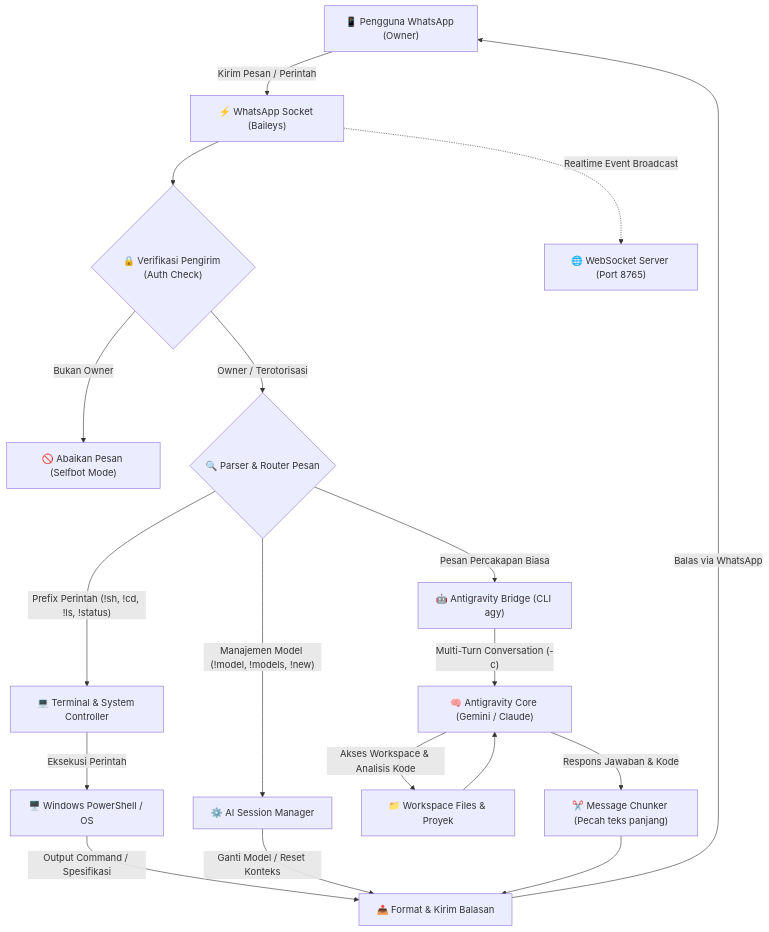
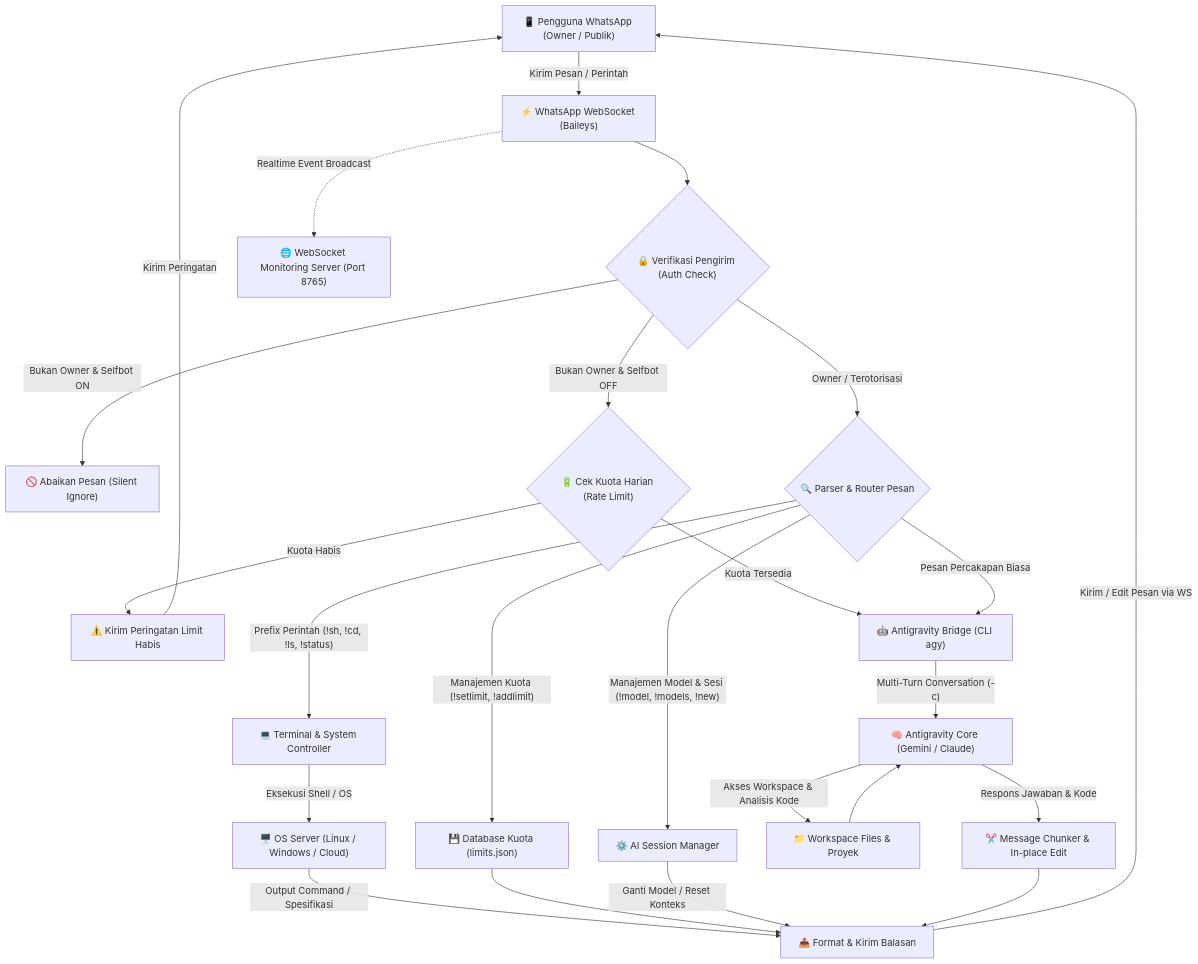
The first of 2 diagrams in README.md (angreps/bot-wa-antigravity-ai), drawn with Mermaid before and after one commit. The commit also changed other lines of this file and 4 other files, not shown here.

````diff
--- a/README.md
+++ b/README.md
@@ -12,31 +12,38 @@
 ```mermaid
 flowchart TD
-    A["📱 Pengguna WhatsApp (Owner)"] -->|"Kirim Pesan / Perintah"| B["⚡ WhatsApp Socket (Baileys)"]
+    A["📱 Pengguna WhatsApp (Owner / Publik)"] -->|"Kirim Pesan / Perintah"| B["⚡ WhatsApp WebSocket (Baileys)"]
     
     B --> C{"🔒 Verifikasi Pengirim (Auth Check)"}
-    C -- "Bukan Owner" --> D["🚫 Abaikan Pesan (Selfbot Mode)"]
+    C -- "Bukan Owner & Selfbot ON" --> D["🚫 Abaikan Pesan (Silent Ignore)"]
+    C -- "Bukan Owner & Selfbot OFF" --> P{"🔋 Cek Kuota Harian (Rate Limit)"}
+    P -- "Kuota Habis" --> P1["⚠️ Kirim Peringatan Limit Habis"]
+    P -- "Kuota Tersedia" --> J["🤖 Antigravity Bridge (CLI agy)"]
+    
     C -- "Owner / Terotorisasi" --> E{"🔍 Parser & Router Pesan"}
     
     %% Cabang Terminal & Sistem
     E -->|"Prefix Perintah (!sh, !cd, !ls, !status)"| F["💻 Terminal & System Controller"]
-    F -->|"Eksekusi Perintah"| G["🖥️ Windows PowerShell / OS"]
+    F -->|"Eksekusi Shell / OS"| G["🖥️ OS Server (Linux / Windows / Cloud)"]
     G -->|"Output Command / Spesifikasi"| H["📤 Format & Kirim Balasan"]
     
-    %% Cabang Konfigurasi AI
-    E -->|"Manajemen Model (!model, !models, !new)"| I["⚙️ AI Session Manager"]
+    %% Cabang Konfigurasi AI & Limit
+    E -->|"Manajemen Kuota (!setlimit, !addlimit)"| Q["💾 Database Kuota (limits.json)"]
+    Q --> H
+    E -->|"Manajemen Model & Sesi (!model, !models, !new)"| I["⚙️ AI Session Manager"]
     I -->|"Ganti Model / Reset Konteks"| H
     
     %% Cabang AI Prompting
-    E -->|"Pesan Percakapan Biasa"| J["🤖 Antigravity Bridge (CLI agy)"]
+    E -->|"Pesan Percakapan Biasa"| J
     J -->|"Multi-Turn Conversation (-c)"| K["🧠 Antigravity Core (Gemini / Claude)"]
     K -->|"Akses Workspace & Analisis Kode"| L["📁 Workspace Files & Proyek"]
     L --> K
-    K -->|"Respons Jawaban & Kode"| M["✂️ Message Chunker (Pecah teks panjang)"]
+    K -->|"Respons Jawaban & Kode"| M["✂️ Message Chunker & In-place Edit"]
     M --> H
     
     %% Output Akhir
-    H -->|"Balas via WhatsApp"| A
+    H -->|"Kirim / Edit Pesan via WS"| A
+    P1 -->|"Kirim Peringatan"| A
     
-    %% WebSocket Monitoring
-    B -.->|"Realtime Event Broadcast"| W["🌐 WebSocket Server (Port 8765)"]
+    %% WebSocket Monitoring Eksternal
+    B -.->|"Realtime Event Broadcast"| W["🌐 WebSocket Monitoring Server (Port 8765)"]
 ```
````
